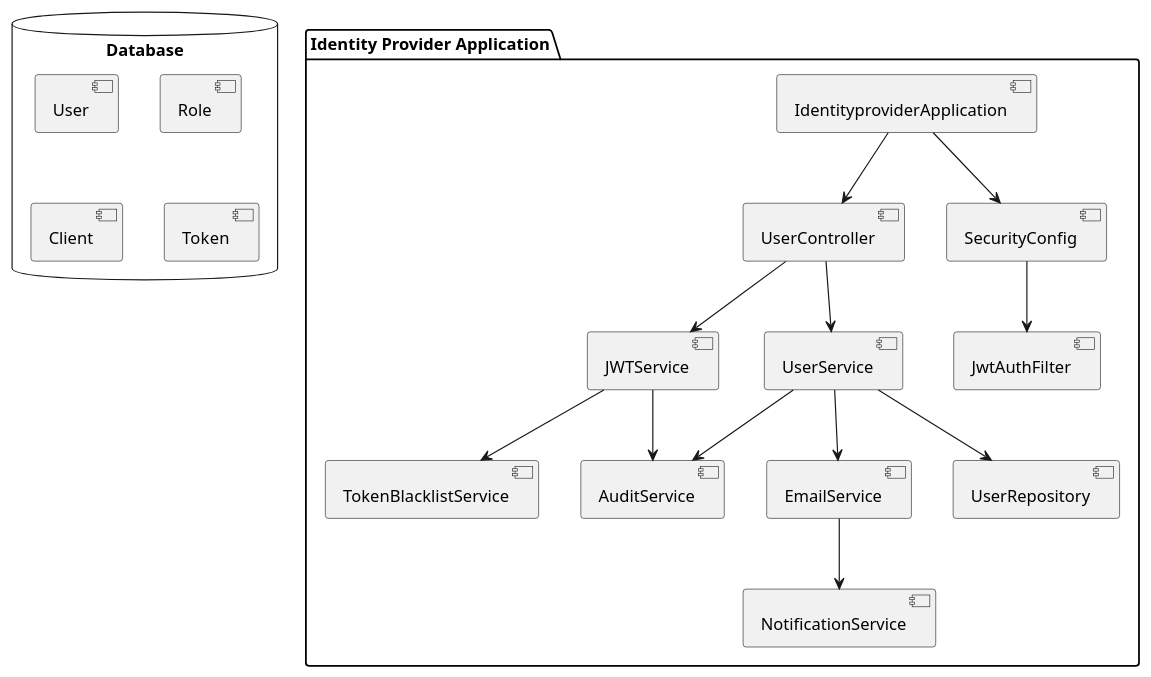
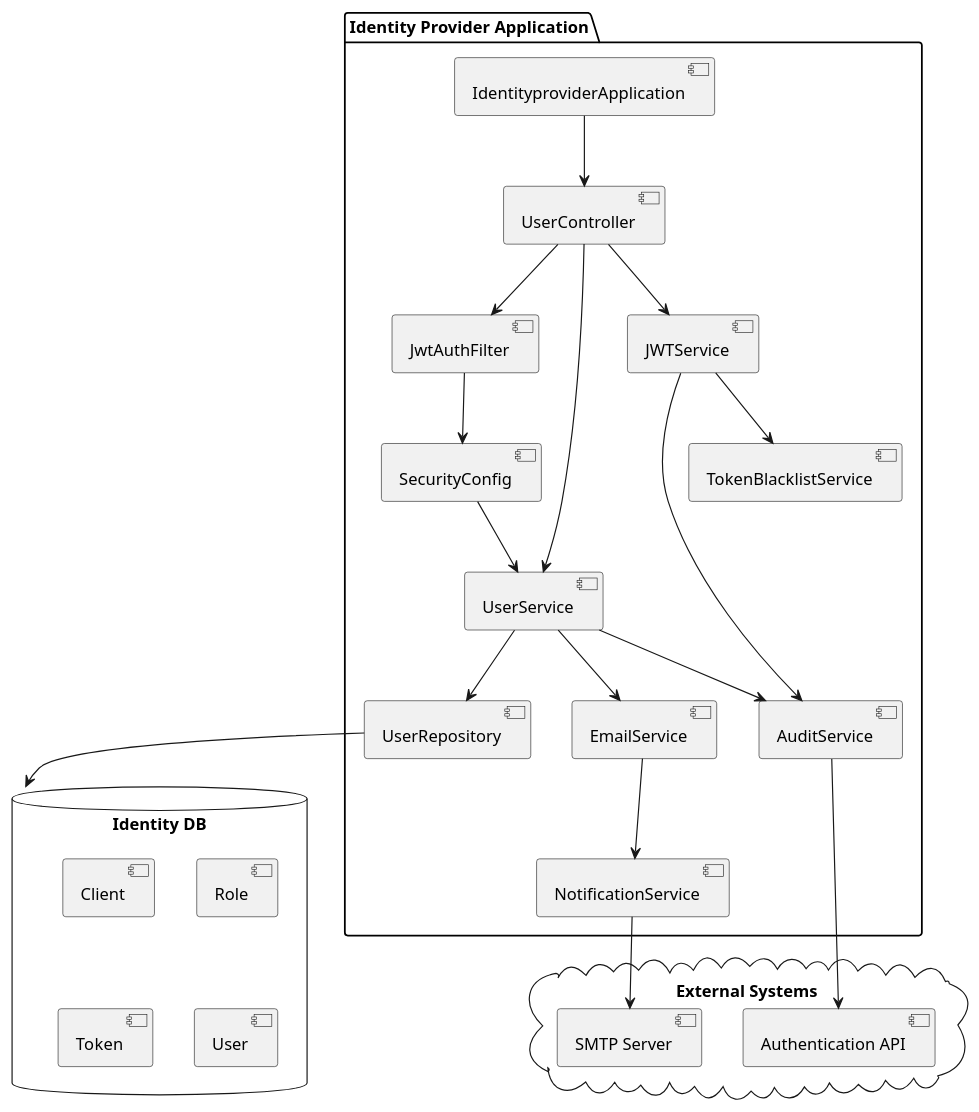
The diagram in identityprovider/documentation/architecturedesign.adoc (Dinesh-s95/AutoDoc.ai), drawn with PlantUML before and after one commit. The commit also changed other lines of this file and 4 other files, not shown here.

```diff
--- a/identityprovider/documentation/architecturedesign.adoc
+++ b/identityprovider/documentation/architecturedesign.adoc
@@ -9,40 +7,48 @@
-[plantuml, "system-architecture", png]
+[plantuml, "system-overview", png]
 ....
 @startuml
-skinparam componentStyle uml2
 
 package "Identity Provider Application" {
   [IdentityproviderApplication] as IDPApp
-  [UserController] as UC
-  [JwtAuthFilter] as JAF
-  [SecurityConfig] as SC
-  [UserService] as US
-  [JWTService] as JWS
-  [EmailService] as ES
-  [AuditService] as AS
-  [TokenBlacklistService] as TBS
-  [NotificationService] as NS
-  [UserRepository] as UR
+  [UserController] as UserCtrl
+  [JwtAuthFilter] as JwtFilter
+  [SecurityConfig] as SecConfig
+  [UserService] as UserSvc
+  [JWTService] as JwtSvc
+  [AuditService] as AuditSvc
+  [EmailService] as EmailSvc
+  [NotificationService] as NotifSvc
+  [TokenBlacklistService] as TokenBlkSvc
+  [UserRepository] as UserRepo
 }
 
-database "Database" {
+database "Identity DB" {
+  [Client]
+  [Role]
+  [Token]
   [User]
-  [Role]
-  [Client]
-  [Token]
 }
 
-IDPApp --> UC
-IDPApp --> SC
-SC --> JAF
-UC --> US
-UC --> JWS
-US --> UR
-US --> AS
-US --> ES
-JWS --> AS
-JWS --> TBS
-ES --> NS
+cloud "External Systems" {
+  [SMTP Server]
+  [Authentication API]
+}
+
+IDPApp --> UserCtrl
+UserCtrl --> JwtFilter
+UserCtrl --> UserSvc
+UserCtrl --> JwtSvc
+JwtFilter --> SecConfig
+SecConfig --> UserSvc
+UserSvc --> UserRepo
+UserSvc --> AuditSvc
+UserSvc --> EmailSvc
+JwtSvc --> TokenBlkSvc
+JwtSvc --> AuditSvc
+EmailSvc --> NotifSvc
+NotifSvc --> [SMTP Server]
+UserRepo --> [Identity DB]
+AuditSvc --> [Authentication API]
 
 @enduml
 ....
```
